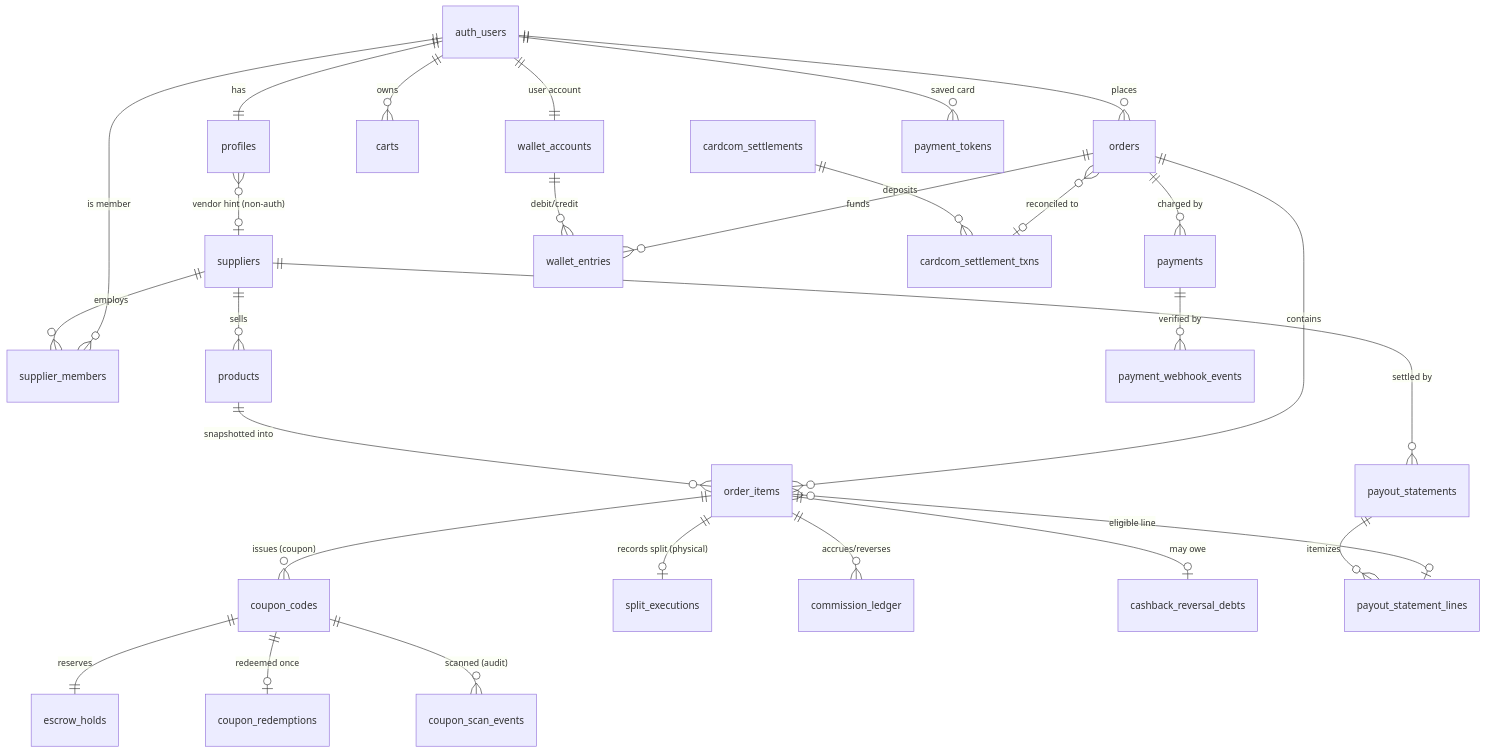
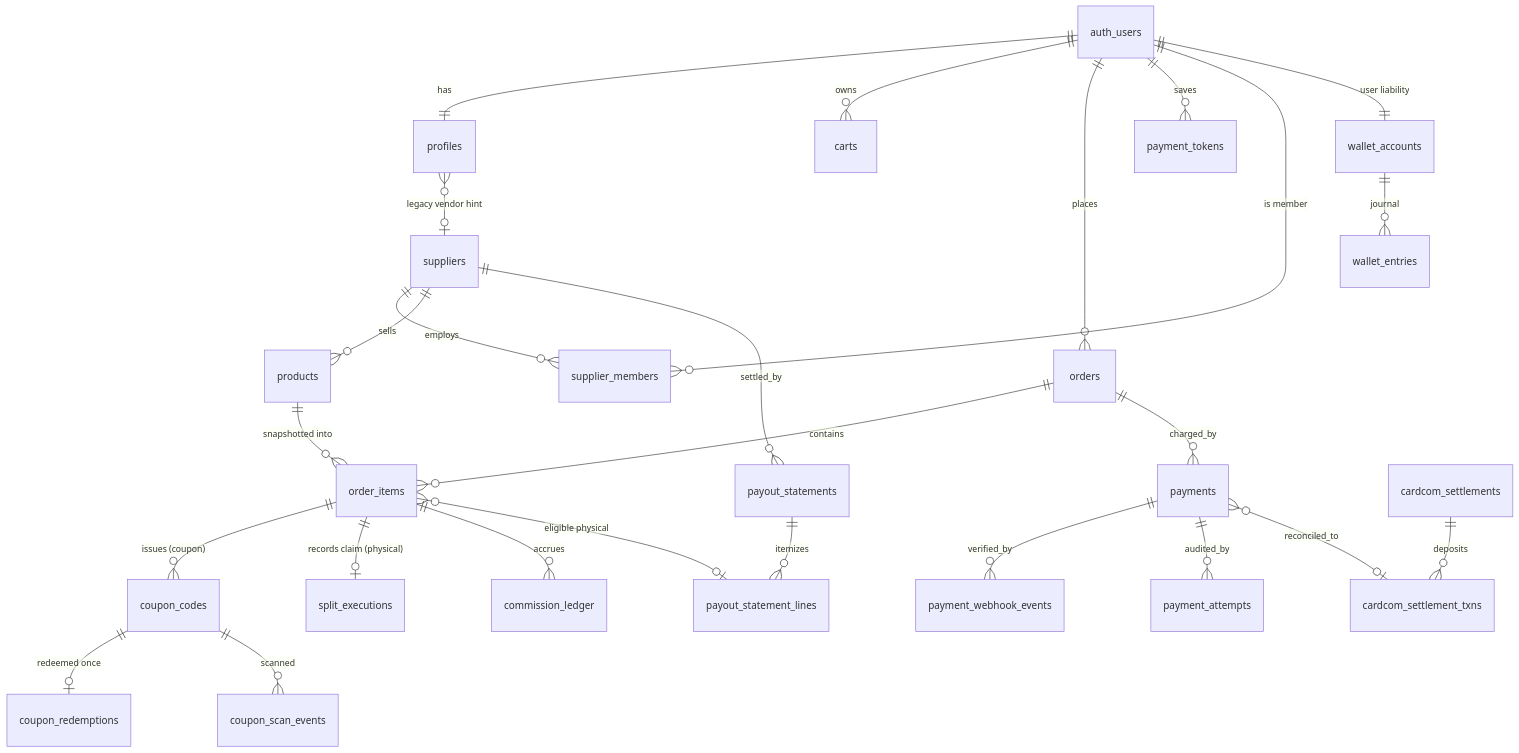
One commit to kenyonexpress/kenyonexpress changed the diagram in MASTER-ARCHITECTURE.md. Above: the diagram before and after it, drawn with Mermaid. The commit also changed other lines of this file and 1 other file, not shown here.

Commit message:
docs(arch): MASTER-ARCHITECTURE v2 owner model without escrow

````diff
--- a/MASTER-ARCHITECTURE.md
+++ b/MASTER-ARCHITECTURE.md
@@ -80,30 +53,28 @@
 ```mermaid
 erDiagram
-    auth_users ||--o{ orders : places
     auth_users ||--|| profiles : has
     auth_users ||--o{ carts : owns
-    profiles }o--o| suppliers : "vendor hint (non-auth)"
+    auth_users ||--o{ orders : places
+    auth_users ||--o{ payment_tokens : saves
+    profiles }o--o| suppliers : "legacy vendor hint"
     suppliers ||--o{ supplier_members : employs
     auth_users ||--o{ supplier_members : "is member"
     suppliers ||--o{ products : sells
     products ||--o{ order_items : "snapshotted into"
     orders ||--o{ order_items : contains
-    orders ||--o{ payments : "charged by"
-    payments ||--o{ payment_webhook_events : "verified by"
+    orders ||--o{ payments : charged_by
+    payments ||--o{ payment_webhook_events : verified_by
+    payments ||--o{ payment_attempts : audited_by
     order_items ||--o{ coupon_codes : "issues (coupon)"
-    order_items ||--o| split_executions : "records split (physical)"
-    coupon_codes ||--|| escrow_holds : "reserves"
+    order_items ||--o| split_executions : "records claim (physical)"
     coupon_codes ||--o| coupon_redemptions : "redeemed once"
-    coupon_codes ||--o{ coupon_scan_events : "scanned (audit)"
-    order_items ||--o{ commission_ledger : "accrues/reverses"
-    order_items ||--o| cashback_reversal_debts : "may owe"
-    auth_users ||--|| wallet_accounts : "user account"
-    wallet_accounts ||--o{ wallet_entries : "debit/credit"
-    orders ||--o{ wallet_entries : "funds"
-    suppliers ||--o{ payout_statements : "settled by"
-    payout_statements ||--o{ payout_statement_lines : "itemizes"
-    order_items }o--o| payout_statement_lines : "eligible line"
-    cardcom_settlements ||--o{ cardcom_settlement_txns : "deposits"
-    orders }o--o| cardcom_settlement_txns : "reconciled to"
-    auth_users ||--o{ payment_tokens : "saved card"
+    coupon_codes ||--o{ coupon_scan_events : scanned
+    order_items ||--o{ commission_ledger : accrues
+    auth_users ||--|| wallet_accounts : "user liability"
+    wallet_accounts ||--o{ wallet_entries : journal
+    suppliers ||--o{ payout_statements : settled_by
+    payout_statements ||--o{ payout_statement_lines : itemizes
+    order_items }o--o| payout_statement_lines : "eligible physical"
+    cardcom_settlements ||--o{ cardcom_settlement_txns : deposits
+    payments }o--o| cardcom_settlement_txns : reconciled_to
 ```
````
